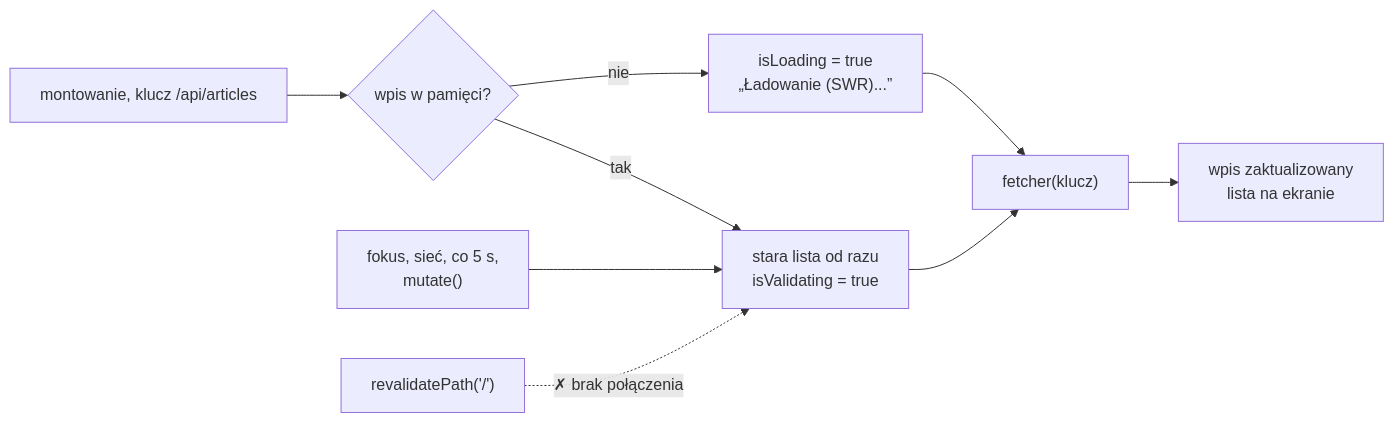
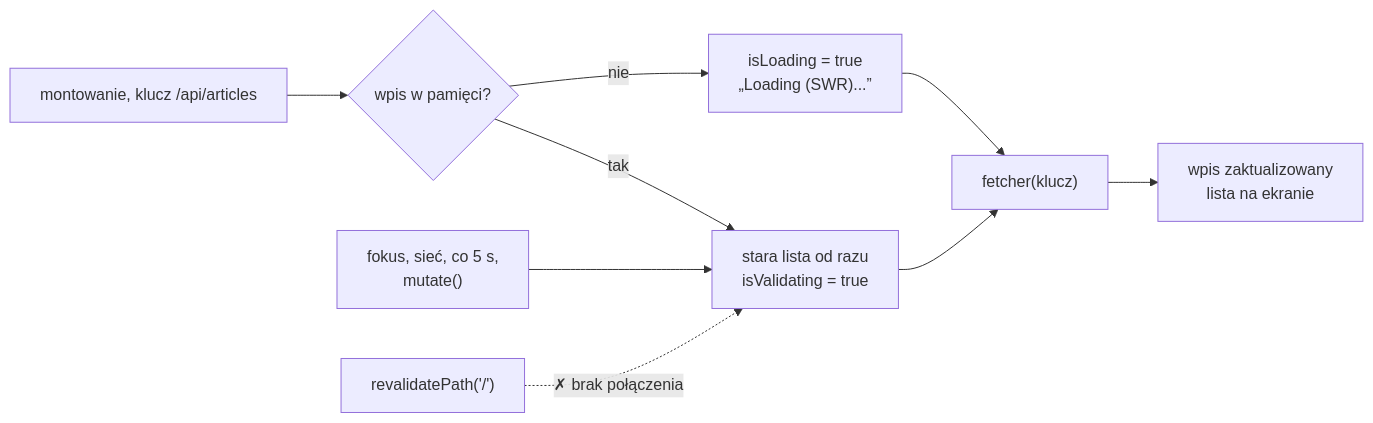
Before and after one commit to mmiotk/frontend-development-ug: the diagram in lecture05/slides/slide_11_swr.md, drawn with Mermaid. The commit also changed other lines of this file and 27 other files, not shown here.

````diff
--- a/lecture05/slides/slide_11_swr.md
+++ b/lecture05/slides/slide_11_swr.md
@@ -146,10 +146,10 @@
 ```mermaid
 %%{init: {"flowchart": {"wrappingWidth": 360}}}%%
 flowchart LR
     M["montowanie, klucz /api/articles"] --> E{"wpis w pamięci?"}
-    E -- "nie" --> L["isLoading = true<br/>„Ładowanie (SWR)...”"] --> F["fetcher(klucz)"]
+    E -- "nie" --> L["isLoading = true<br/>„Loading (SWR)...”"] --> F["fetcher(klucz)"]
     E -- "tak" --> S["stara lista od razu<br/>isValidating = true"] --> F
     T["fokus, sieć, co 5 s,<br/>mutate()"] --> S
     RP["revalidatePath('/')"] -. "✗ brak połączenia" .-> S
     F --> D["wpis zaktualizowany<br/>lista na ekranie"]
 ```
````
